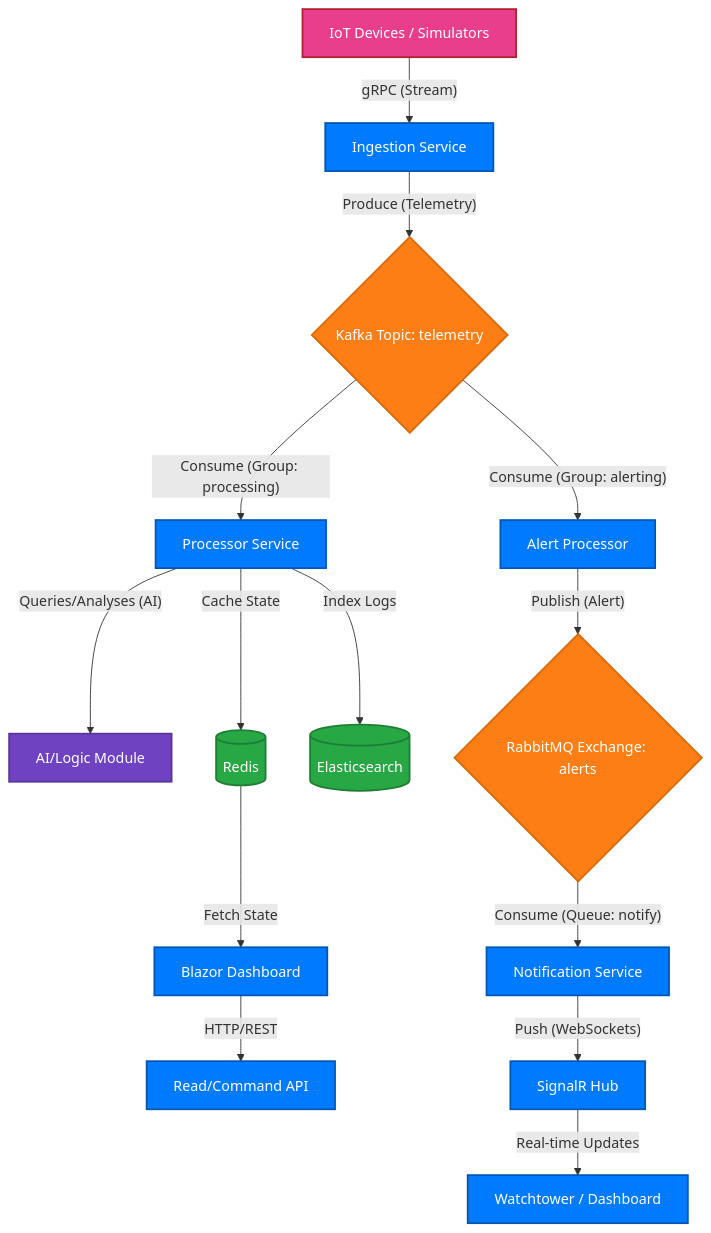
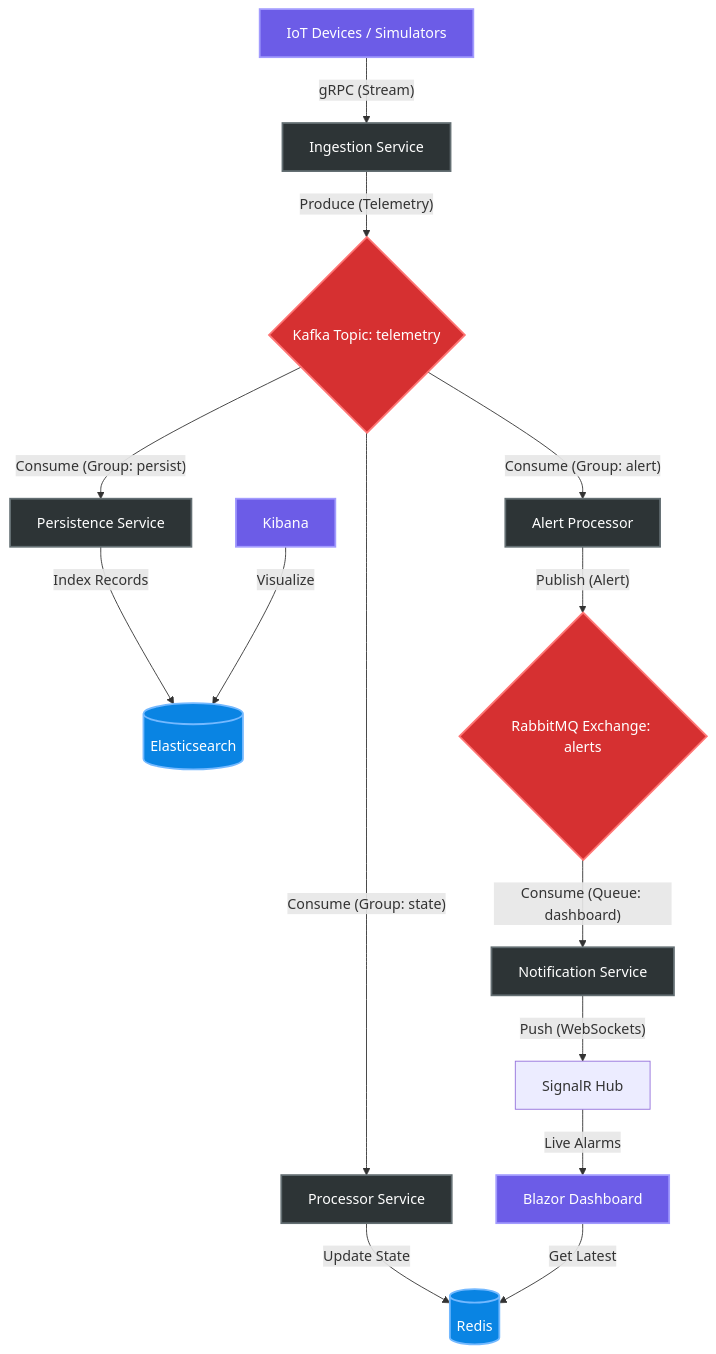
The diagram in docs/architecture.md (kahramanbayraktar/NexusSentinelNet8), drawn with Mermaid before and after one commit. The commit also changed other lines of this file and 15 other files, not shown here.

````diff
--- a/docs/architecture.md
+++ b/docs/architecture.md
@@ -34,42 +34,40 @@
 ```mermaid
 graph TD
     %% Clients
     IOT[IoT Devices / Simulators] -- gRPC (Stream) --> INGEST[Ingestion Service]
     
     %% Ingestion Layer
     INGEST -- "Produce (Telemetry)" --> KAFKA{Kafka Topic: telemetry}
     
     %% Processing Layer
-    KAFKA -- "Consume (Group: processing)" --> PROC[Processor Service]
-    KAFKA -- "Consume (Group: alerting)" --> ALERT_PROC[Alert Processor]
-    PROC -- "Queries/Analyses (AI)" --> AI_MOD[AI/Logic Module]
+    KAFKA -- "Consume (Group: state)" --> PROC[Processor Service]
+    KAFKA -- "Consume (Group: alert)" --> ALERT_PROC[Alert Processor]
+    KAFKA -- "Consume (Group: persist)" --> PERSIST[Persistence Service]
     
     %% Data Persistence & Caching
-    PROC -- "Cache State" --> REDIS[(Redis)]
-    PROC -- "Index Logs" --> ELASTIC[(Elasticsearch)]
+    PROC -- "Update State" --> REDIS[(Redis)]
+    PERSIST -- "Index Records" --> ELASTIC[(Elasticsearch)]
     
     %% Alerting Path (Critical)
     ALERT_PROC -- "Publish (Alert)" --> RMQ{RabbitMQ Exchange: alerts}
     
     %% Notification Layer
-    RMQ -- "Consume (Queue: notify)" --> NOTIFY[Notification Service]
+    RMQ -- "Consume (Queue: dashboard)" --> NOTIFY[Notification Service]
     NOTIFY -- "Push (WebSockets)" --> SIGNALR[SignalR Hub]
     
     %% Frontend
-    REDIS -- "Fetch State" --> DASH[Blazor Dashboard]
-    SIGNALR -- "Real-time Updates" --> WATCH[Watchtower / Dashboard]
-    DASH -- "HTTP/REST" --> API[Read/Command API]
+    DASH[Blazor Dashboard] -- "Get Latest" --> REDIS
+    SIGNALR -- "Live Alarms" --> DASH
+    KIBANA[Kibana] -- "Visualize" --> ELASTIC
 
     %% Styles
-    classDef service fill:#007bff,color:#fff,stroke:#0056b3,stroke-width:2px
-    classDef broker fill:#fd7e14,color:#fff,stroke:#d66a0a,stroke-width:2px
-    classDef db fill:#28a745,color:#fff,stroke:#1e7e34,stroke-width:2px
-    classDef ai fill:#6f42c1,color:#fff,stroke:#59359a,stroke-width:2px
-    classDef client fill:#e83e8c,color:#fff,stroke:#b21f2d,stroke-width:2px
+    classDef service fill:#2d3436,color:#fff,stroke:#636e72,stroke-width:2px
+    classDef broker fill:#d63031,color:#fff,stroke:#ff7675,stroke-width:2px
+    classDef db fill:#0984e3,color:#fff,stroke:#74b9ff,stroke-width:2px
+    classDef client fill:#6c5ce7,color:#fff,stroke:#a29bfe,stroke-width:2px
 
-    class INGEST,PROC,ALERT_PROC,NOTIFY,SIGNALR,DASH,WATCH,API service
+    class INGEST,PROC,ALERT_PROC,NOTIFY,PERSIST service
     class KAFKA,RMQ broker
     class REDIS,ELASTIC db
-    class AI_MOD ai
-    class IOT client
+    class IOT,DASH,KIBANA client
 ```
````
